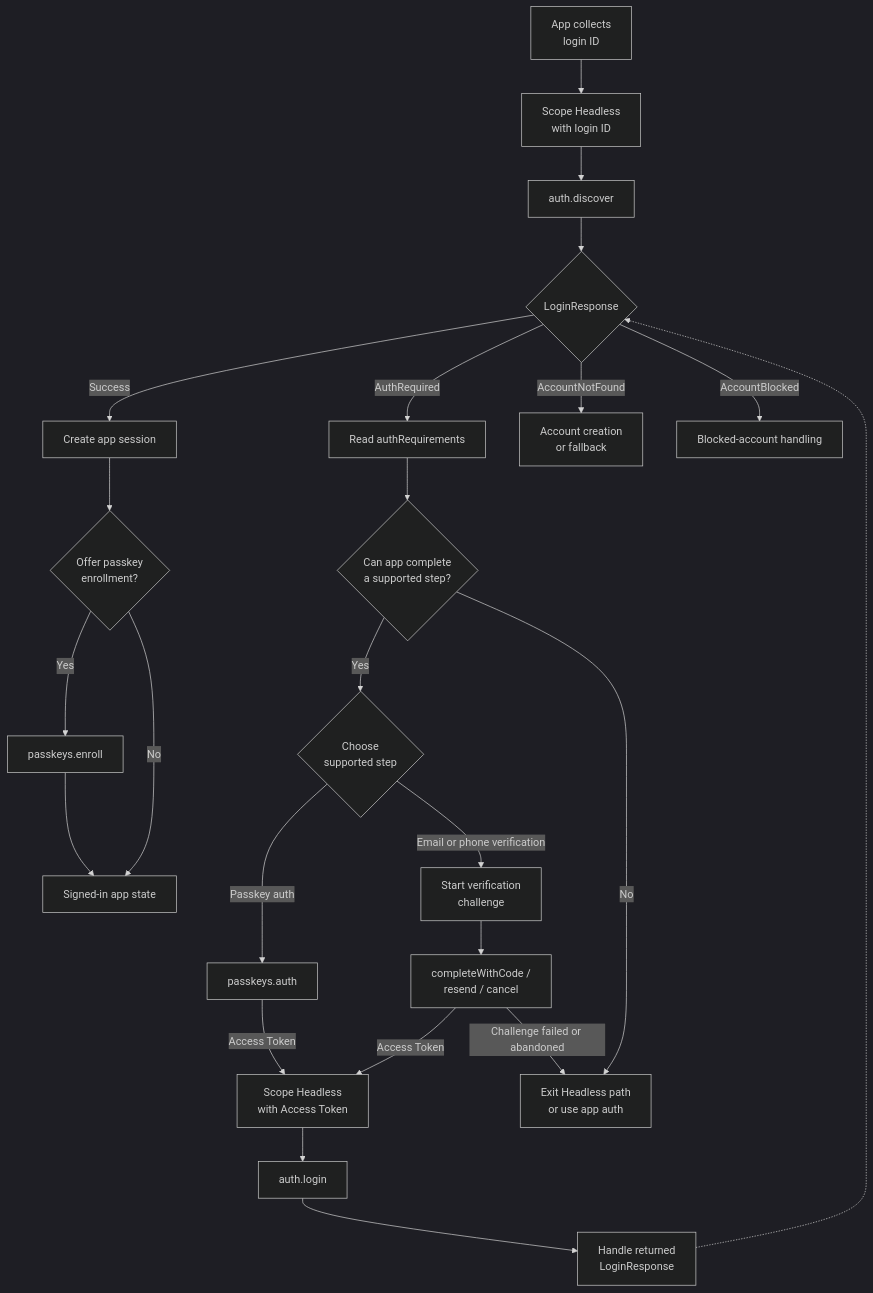
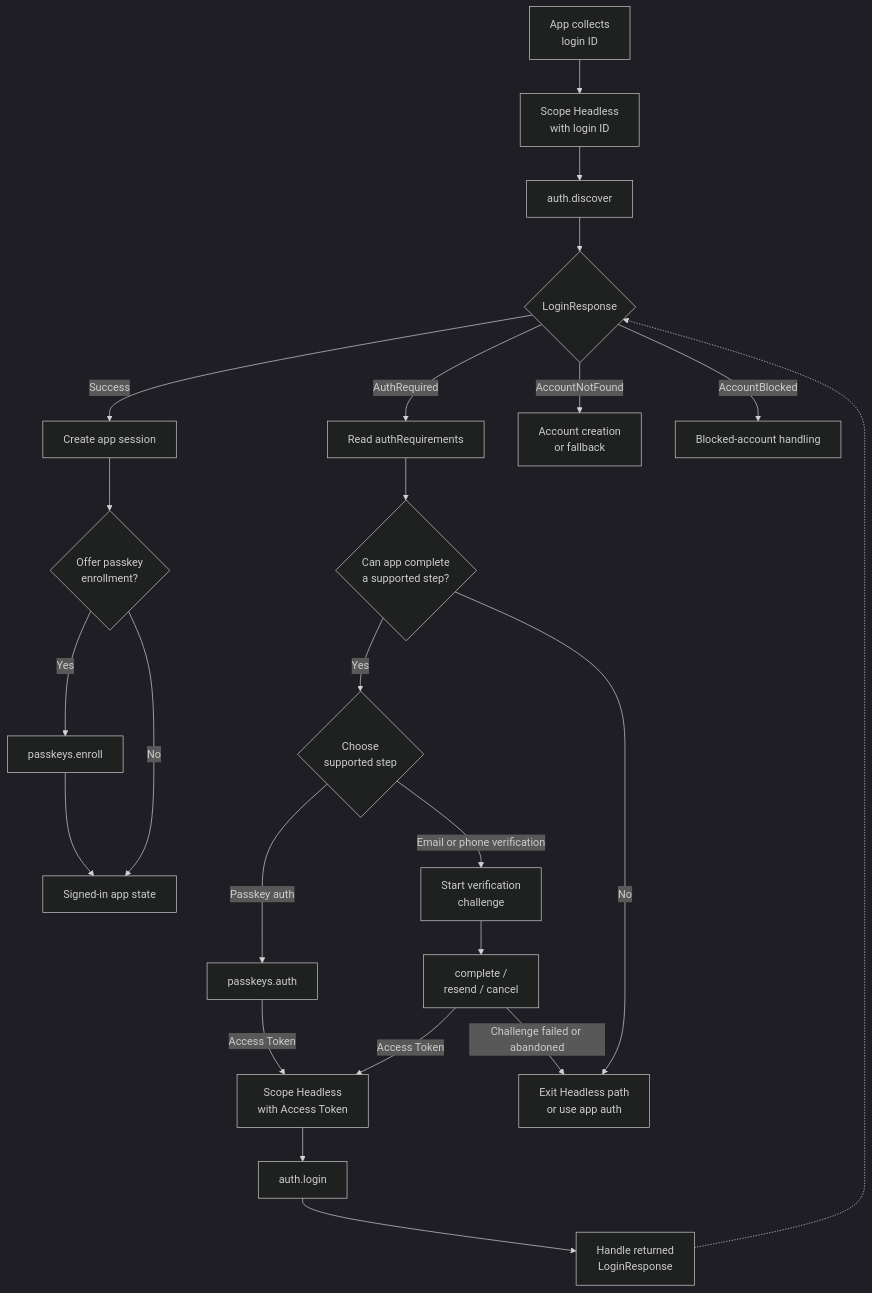
Before and after one commit to OwnID/ownid-ios-sdk: the diagram in docs/flows/headless.md, drawn with Mermaid (dark theme). The commit also changed other lines of this file and 133 other files, not shown here.

````diff
--- a/docs/flows/headless.md
+++ b/docs/flows/headless.md
@@ -37,26 +37,26 @@
 ```mermaid
 flowchart TD
     A["App collects<br/>login ID"] --> B["Scope Headless<br/>with login ID"]
     B --> C["auth.discover"]
     C --> D{"LoginResponse"}
     D -->|Success| E["Create app session"]
     E --> F{"Offer passkey<br/>enrollment?"}
     F -->|Yes| G["passkeys.enroll"]
     G --> H["Signed-in app state"]
     F -->|No| H
     D -->|AuthRequired| I["Read authRequirements"]
     I --> J{"Can app complete<br/>a supported step?"}
     J -->|Yes| K{"Choose<br/>supported step"}
     K -->|Passkey auth| L["passkeys.auth"]
     K -->|Email or phone verification| M["Start verification<br/>challenge"]
-    M --> N["completeWithCode /<br/>resend / cancel"]
+    M --> N["complete /<br/>resend / cancel"]
     L -->|Access Token| O["Scope Headless<br/>with Access Token"]
     N -->|Access Token| O
     O --> P["auth.login"]
     P --> Q["Handle returned<br/>LoginResponse"]
     Q -.-> D
     J -->|No| R["Exit Headless path<br/>or use app auth"]
     N -->|Challenge failed or abandoned| R
     D -->|AccountNotFound| S["Account creation<br/>or fallback"]
     D -->|AccountBlocked| T["Blocked-account handling"]
 ```
````
